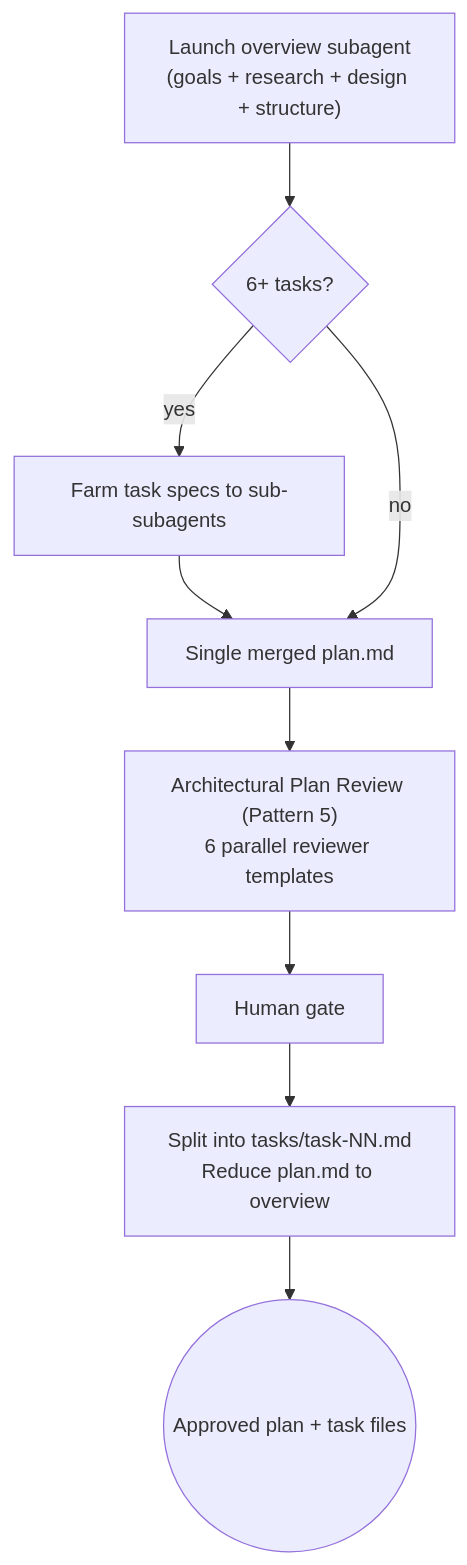
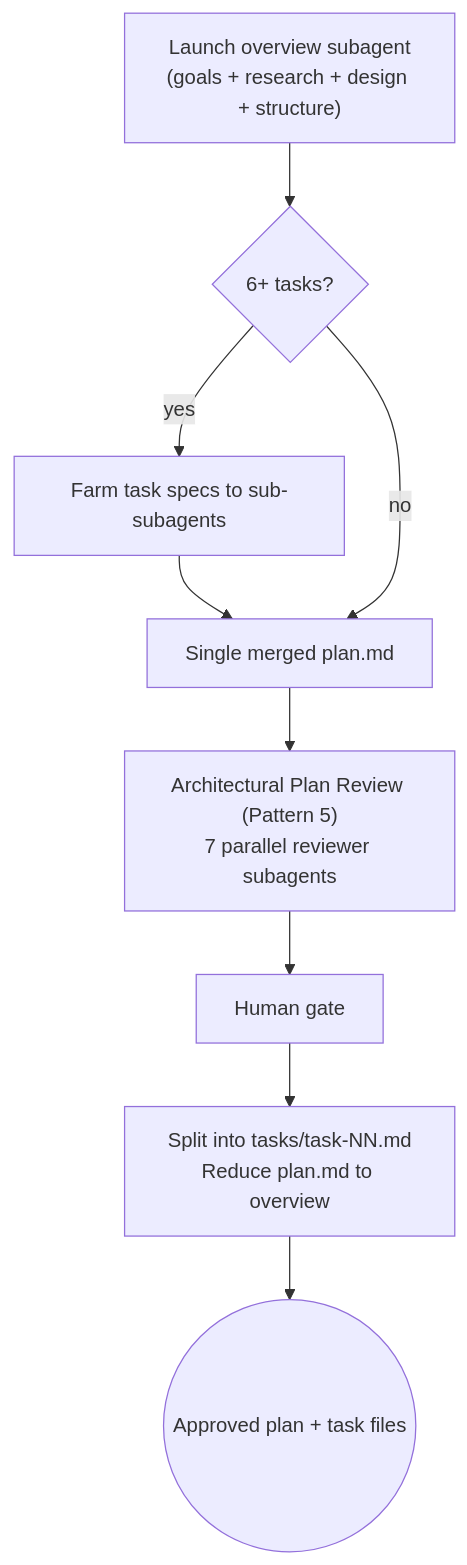
The eighth of 20 diagrams in README.md (dfrysinger/qrspi-plus), drawn with Mermaid before and after one commit. The commit also changed other lines of this file and 113 other files, not shown here.

````diff
--- a/README.md
+++ b/README.md
@@ -185,11 +185,11 @@
 ```mermaid
 flowchart TD
     A["Launch overview subagent<br>(goals + research + design + structure)"] --> B{6+ tasks?}
     B -->|yes| C[Farm task specs to sub-subagents]
     C --> D[Merge into single plan.md]
     B -->|no| D[Single merged plan.md]
-    D --> E["Architectural Plan Review (Pattern 5)<br>6 parallel reviewer templates"]
+    D --> E["Architectural Plan Review (Pattern 5)<br>7 parallel reviewer subagents"]
     E --> F[Human gate]
     F --> G["Split into tasks/task-NN.md<br>Reduce plan.md to overview"]
     G --> H((Approved plan + task files))
 ```
````
